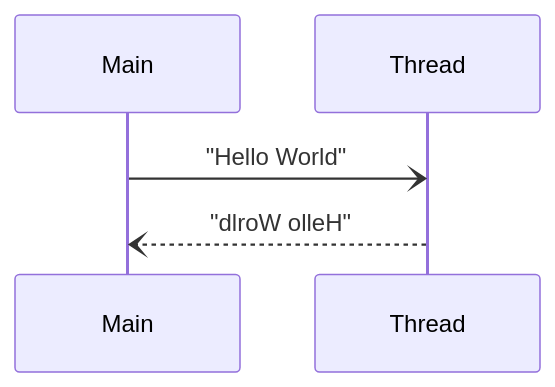
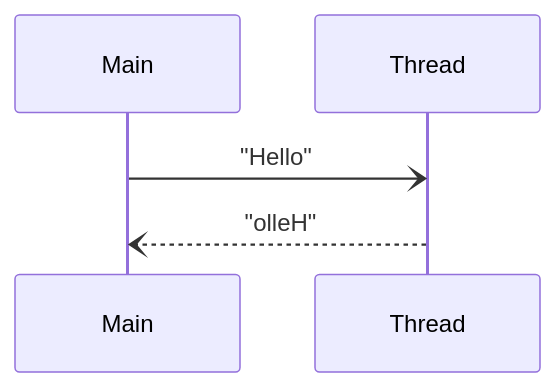
One commit to kazumasa-kusaba/BoostThreadEchoTest changed the diagram in README.md. Above: the diagram before and after it, drawn with Mermaid.

Commit message:
update README.md (#2)

````diff
--- a/README.md
+++ b/README.md
@@ -6,5 +6,5 @@
 ```mermaid
 sequenceDiagram
-    Main-)Thread: "Hello World"
-    Thread--)Main: "dlroW olleH"
+    Main-)Thread: "Hello"
+    Thread--)Main: "olleH"
 ```
````
